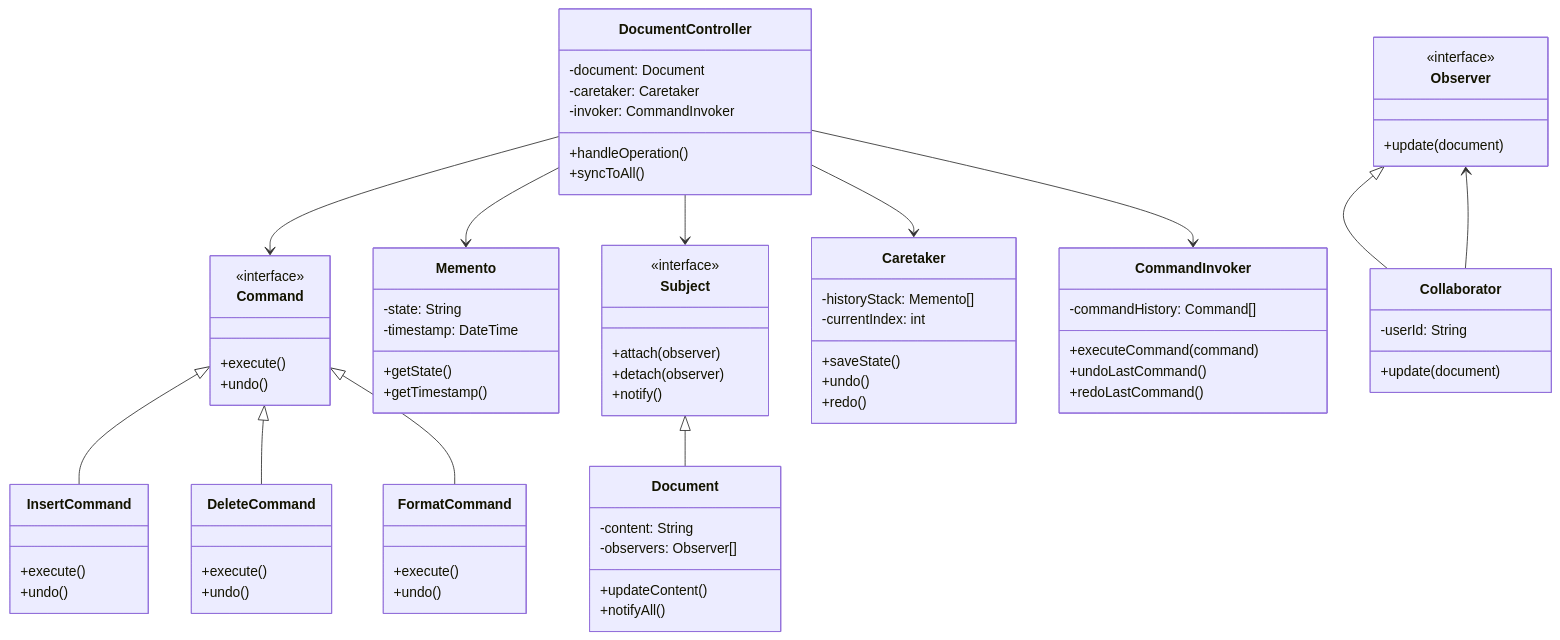
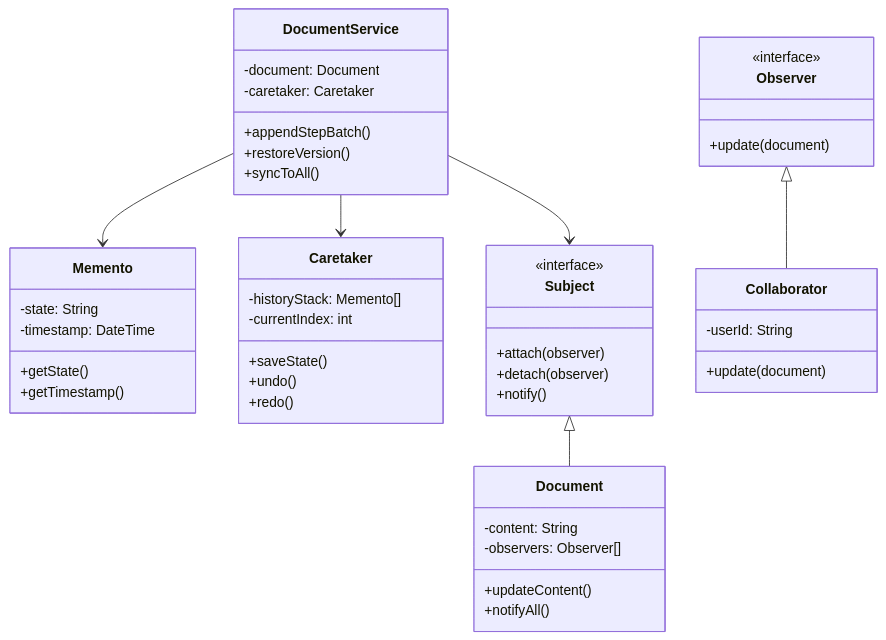
The second of 10 diagrams in 系统模式结构图.md (sky8791-flash/project-design), drawn with Mermaid before and after one commit. The commit also changed other lines of this file and 2 other files, not shown here.

First line of the commit message:
Rewrite the design docs around the sequencer model

````diff
--- a/系统模式结构图.md
+++ b/系统模式结构图.md
@@ -32,26 +32,5 @@
 ```mermaid
 classDiagram
-    class Command {
-        <<interface>>
-        +execute()
-        +undo()
-    }
-    
-    class InsertCommand {
-        +execute()
-        +undo()
-    }
-    
-    class DeleteCommand {
-        +execute()
-        +undo()
-    }
-    
-    class FormatCommand {
-        +execute()
-        +undo()
-    }
-    
     class Memento {
         -state: String
         -timestamp: DateTime
@@ -91,30 +70,17 @@
         +update(document)
     }
     
-    class CommandInvoker {
-        -commandHistory: Command[]
-        +executeCommand(command)
-        +undoLastCommand()
-        +redoLastCommand()
-    }
-    
-    class DocumentController {
+    class DocumentService {
         -document: Document
         -caretaker: Caretaker
-        -invoker: CommandInvoker
-        +handleOperation()
+        +appendStepBatch()
+        +restoreVersion()
         +syncToAll()
     }
     
-    Command <|-- InsertCommand
-    Command <|-- DeleteCommand
-    Command <|-- FormatCommand
     Subject <|-- Document
     Observer <|-- Collaborator
-    DocumentController --> Command
-    DocumentController --> Memento
-    DocumentController --> Subject
-    DocumentController --> Caretaker
-    DocumentController --> CommandInvoker
-    Collaborator --> Observer
+    DocumentService --> Memento
+    DocumentService --> Subject
+    DocumentService --> Caretaker
 ```
````
